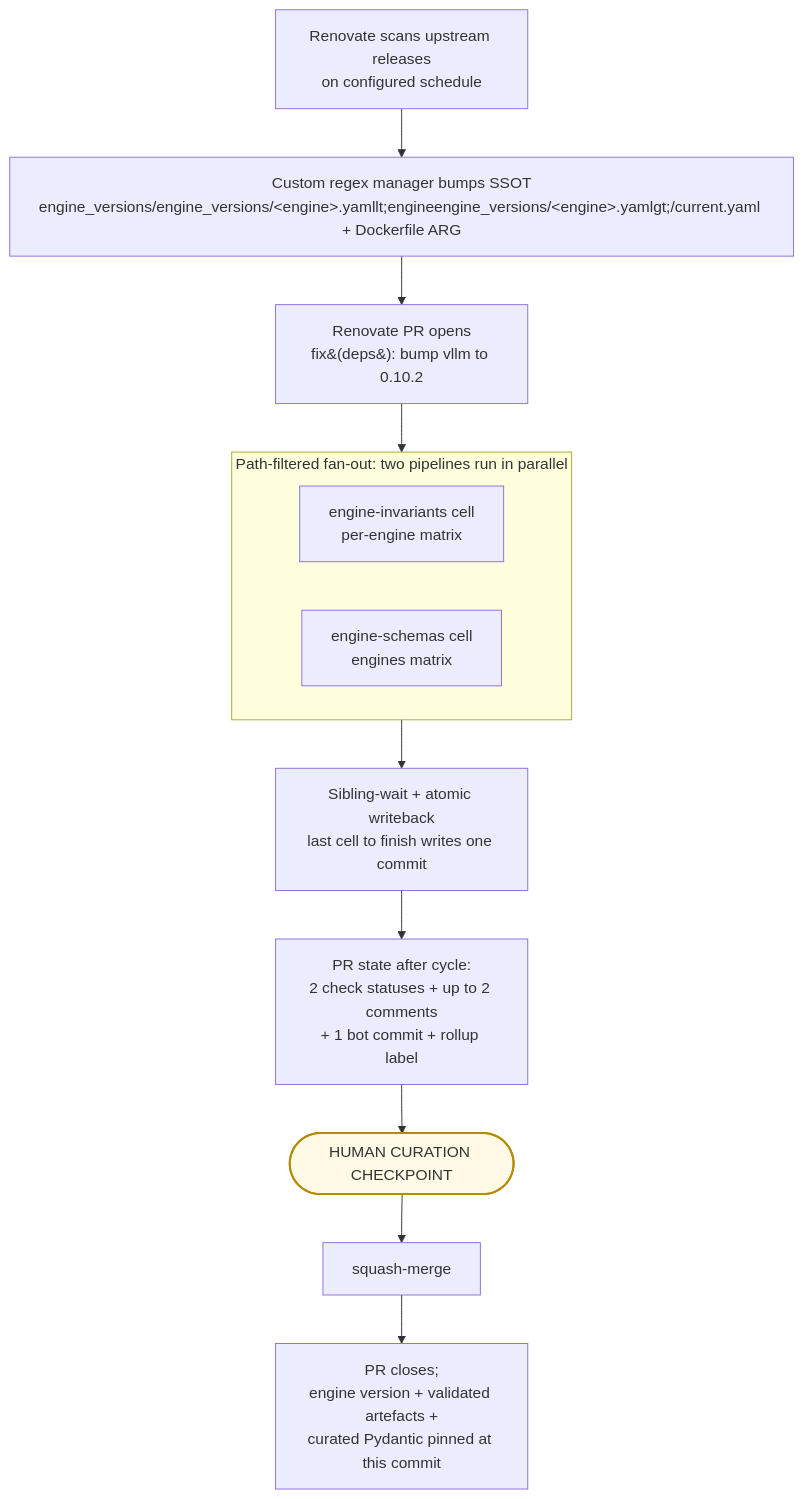
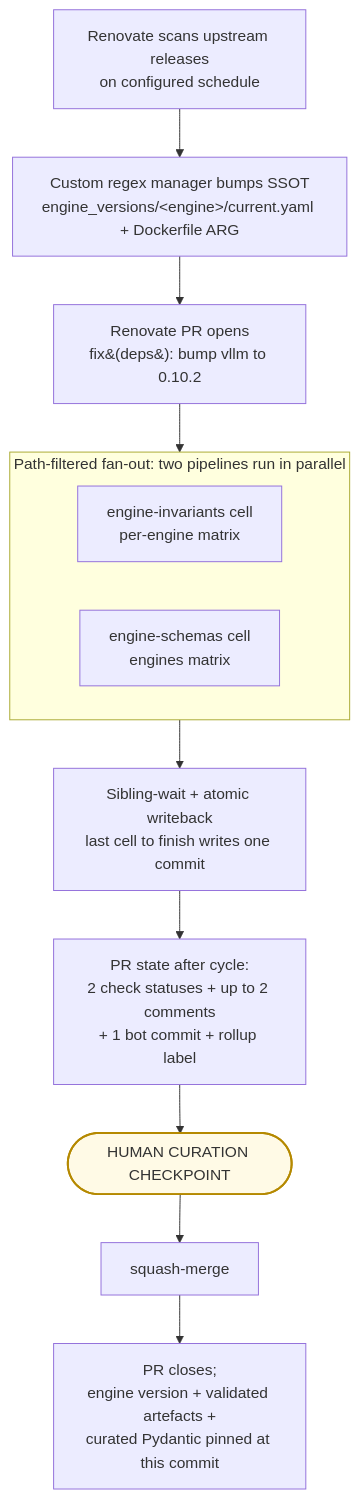
The second of 3 diagrams in docs/explanation/architecture/pipeline-architecture.md (henrycgbaker/LLenergyMeasure), drawn with Mermaid before and after one commit. The commit also changed other lines of this file and 5 other files, not shown here.

First line of the commit message:
docs: align engine architecture refs with vendoring + drift tool (#646)

````diff
--- a/docs/explanation/architecture/pipeline-architecture.md
+++ b/docs/explanation/architecture/pipeline-architecture.md
@@ -53,24 +53,24 @@
 ```mermaid
 flowchart TD
     renovate[Renovate scans upstream releases<br/>on configured schedule]
-    bump[Custom regex manager bumps SSOT<br/>engine_versions/engine_versions/&lt;engine&gt;.yamllt;engineengine_versions/&lt;engine&gt;.yamlgt;/current.yaml + Dockerfile ARG]
+    bump[Custom regex manager bumps SSOT<br/>engine_versions/&lt;engine&gt;/current.yaml + Dockerfile ARG]
     pr[Renovate PR opens<br/>fix&#40;deps&#41;: bump vllm to 0.10.2]
 
     renovate --> bump --> pr
 
     subgraph parallel["Path-filtered fan-out: two pipelines run in parallel"]
         direction LR
         inv[engine-invariants cell<br/>per-engine matrix]
         sch[engine-schemas cell<br/>engines matrix]
     end
 
     pr --> parallel
     parallel --> wait[Sibling-wait + atomic writeback<br/>last cell to finish writes one commit]
     wait --> summary[PR state after cycle:<br/>2 check statuses + up to 2 comments<br/>+ 1 bot commit + rollup label]
     summary --> human([HUMAN CURATION CHECKPOINT])
     human --> merge[squash-merge]
     merge --> closed[PR closes;<br/>engine version + validated artefacts +<br/>curated Pydantic pinned at this commit]
 
     classDef chk fill:#fffae6,stroke:#b58900,stroke-width:2px;
     class human chk;
 ```
````
